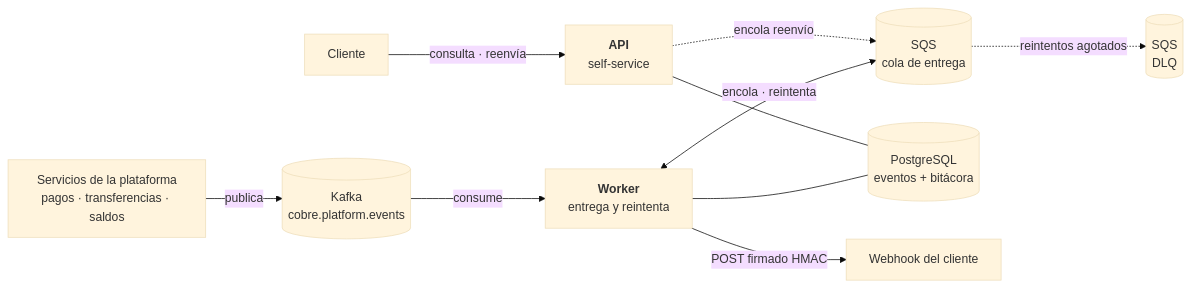
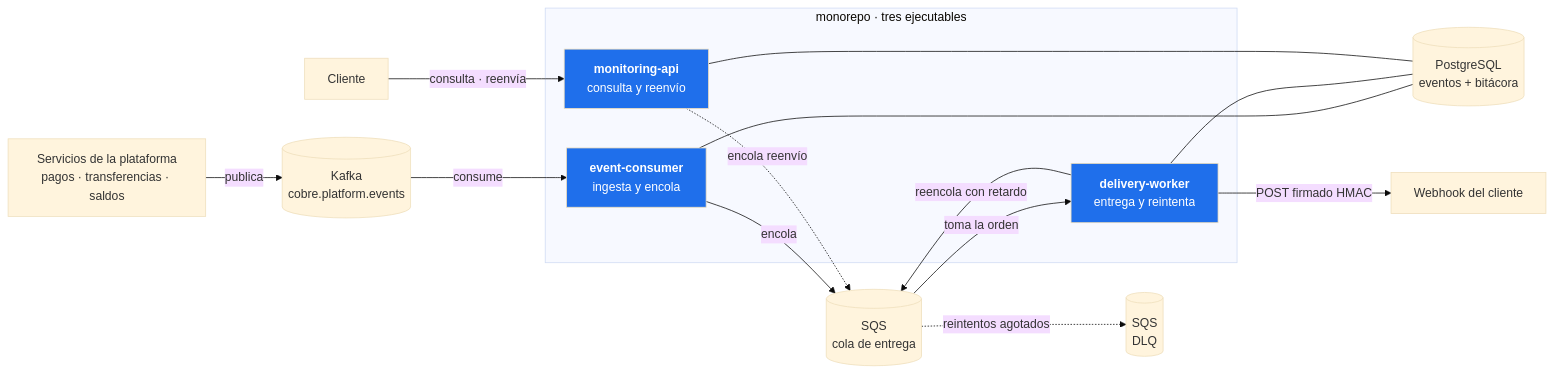
One commit to ssalaza7/cobre-notification-delivery changed the first of 5 diagrams in README.md. Above: the diagram before and after it, drawn with Mermaid (base theme). The commit also changed other lines of this file and 3 other files, not shown here.

First line of the commit message:
docs: actualiza diagramas y referencias a la estructura de tres ejecutables

````diff
--- a/README.md
+++ b/README.md
@@ -18,22 +18,33 @@
 ```mermaid
 flowchart LR
     SVC["Servicios de la plataforma<br/>pagos · transferencias · saldos"]
     K[("Kafka<br/>cobre.platform.events")]
-    W["<b>Worker</b><br/>entrega y reintenta"]
-    API["<b>API</b><br/>self-service"]
     Q[("SQS<br/>cola de entrega")]
     DLQ[("SQS<br/>DLQ")]
     DB[("PostgreSQL<br/>eventos + bitácora")]
     CLI["Webhook del cliente"]
     USR["Cliente"]
 
+    subgraph repo["monorepo · tres ejecutables"]
+        CON["<b>event-consumer</b><br/>ingesta y encola"]
+        W["<b>delivery-worker</b><br/>entrega y reintenta"]
+        API["<b>monitoring-api</b><br/>consulta y reenvío"]
+    end
+
     SVC -->|publica| K
-    K -->|consume| W
-    W <-->|encola · reintenta| Q
+    K -->|consume| CON
+    CON -->|encola| Q
+    CON --- DB
+    Q -->|toma la orden| W
+    W -->|reencola con retardo| Q
     Q -.->|reintentos agotados| DLQ
     W -->|POST firmado HMAC| CLI
     W --- DB
     API --- DB
     USR -->|consulta · reenvía| API
     API -.->|encola reenvío| Q
+
+    style CON fill:#1f6feb,color:#fff
+    style W fill:#1f6feb,color:#fff
+    style API fill:#1f6feb,color:#fff
 ```
````
